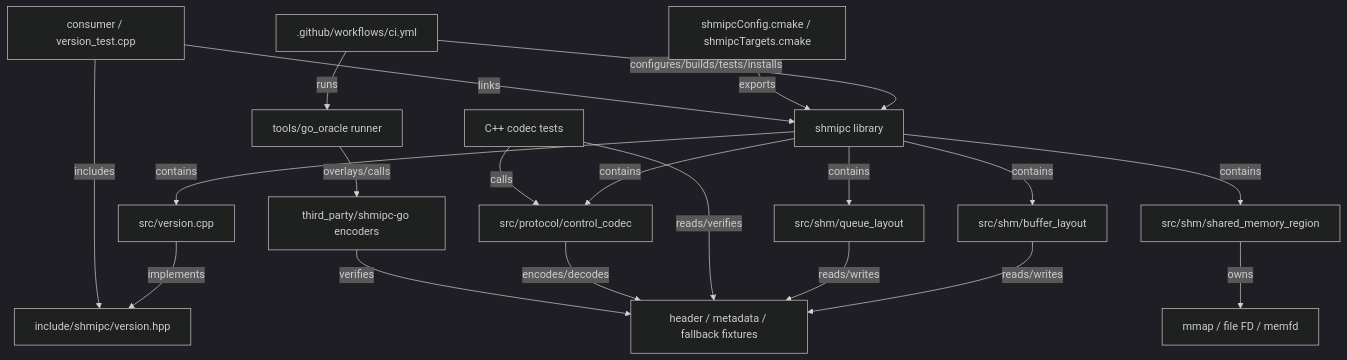
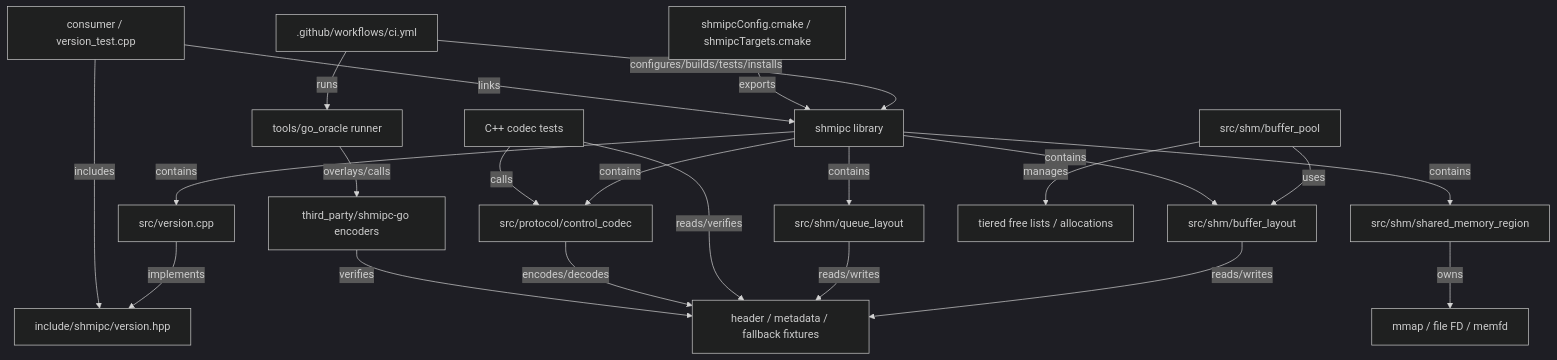
The first of 5 diagrams in arch_docs/graphs/relations.md (supermanc88/shmipc-cpp), drawn with Mermaid (dark theme) before and after one commit. The commit also changed 14 other files, not shown here.

Commit message:
feat: add single-process buffer pool

````diff
--- a/arch_docs/graphs/relations.md
+++ b/arch_docs/graphs/relations.md
@@ -5,37 +5,40 @@
 ```mermaid
 graph TD
   consumer["consumer / version_test.cpp"]
   public["include/shmipc/version.hpp"]
   library["shmipc library"]
   implementation["src/version.cpp"]
   package["shmipcConfig.cmake / shmipcTargets.cmake"]
   ci[".github/workflows/ci.yml"]
   runner["tools/go_oracle runner"]
   upstream["third_party/shmipc-go encoders"]
   golden["header / metadata / fallback fixtures"]
   codec["src/protocol/control_codec"]
   queue_layout["src/shm/queue_layout"]
   buffer_layout["src/shm/buffer_layout"]
   mapping["src/shm/shared_memory_region"]
+  pool["src/shm/buffer_pool"]
   golden_test["C++ codec tests"]
 
   consumer -- includes --> public
   consumer -- links --> library
   implementation -- implements --> public
   library -- contains --> implementation
   package -- exports --> library
   ci -- configures/builds/tests/installs --> library
   runner -- overlays/calls --> upstream
   upstream -- verifies --> golden
   codec -- encodes/decodes --> golden
   golden_test -- calls --> codec
   golden_test -- reads/verifies --> golden
   library -- contains --> codec
   library -- contains --> queue_layout
   queue_layout -- reads/writes --> golden
   library -- contains --> buffer_layout
   buffer_layout -- reads/writes --> golden
   library -- contains --> mapping
   mapping -- owns --> os_mapping["mmap / file FD / memfd"]
+  pool -- uses --> buffer_layout
+  pool -- manages --> pool_bytes["tiered free lists / allocations"]
   ci -- runs --> runner
 ```
````
